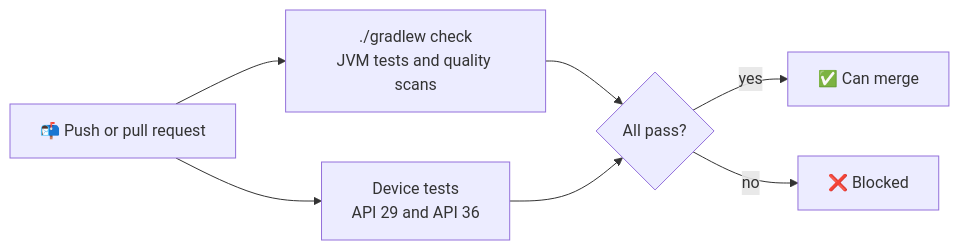
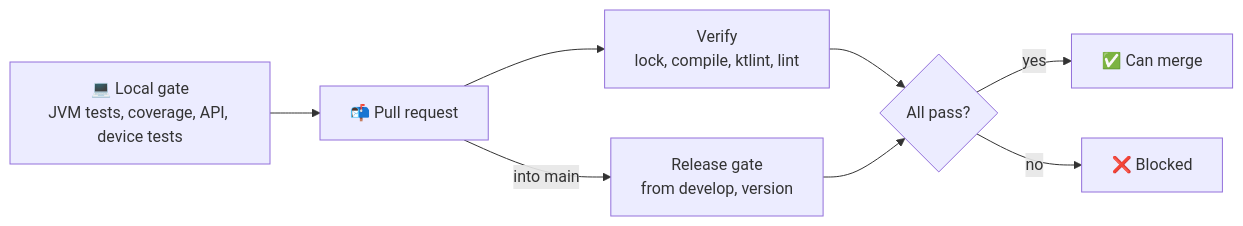
Before and after one commit to qeetgroup/qeetrix-android: the diagram in docs/quality.md, drawn with Mermaid. The commit also changed other lines of this file and 15 other files, not shown here.

````diff
--- a/docs/quality.md
+++ b/docs/quality.md
@@ -10,9 +11,10 @@
 ```mermaid
 flowchart LR
-    P["📬 Push or pull request"] --> C["./gradlew check<br/>JVM tests and quality scans"]
-    P --> D["Device tests<br/>API 29 and API 36"]
+    L["💻 Local gate<br/>JVM tests, coverage, API, device tests"] --> P["📬 Pull request"]
+    P --> C["Verify<br/>lock, compile, ktlint, lint"]
+    P -->|"into main"| D["Release gate<br/>from develop, version"]
     C --> G{"All pass?"}
     D --> G
     G -->|"yes"| OK["✅ Can merge"]
     G -->|"no"| NO["❌ Blocked"]
 ```
````
